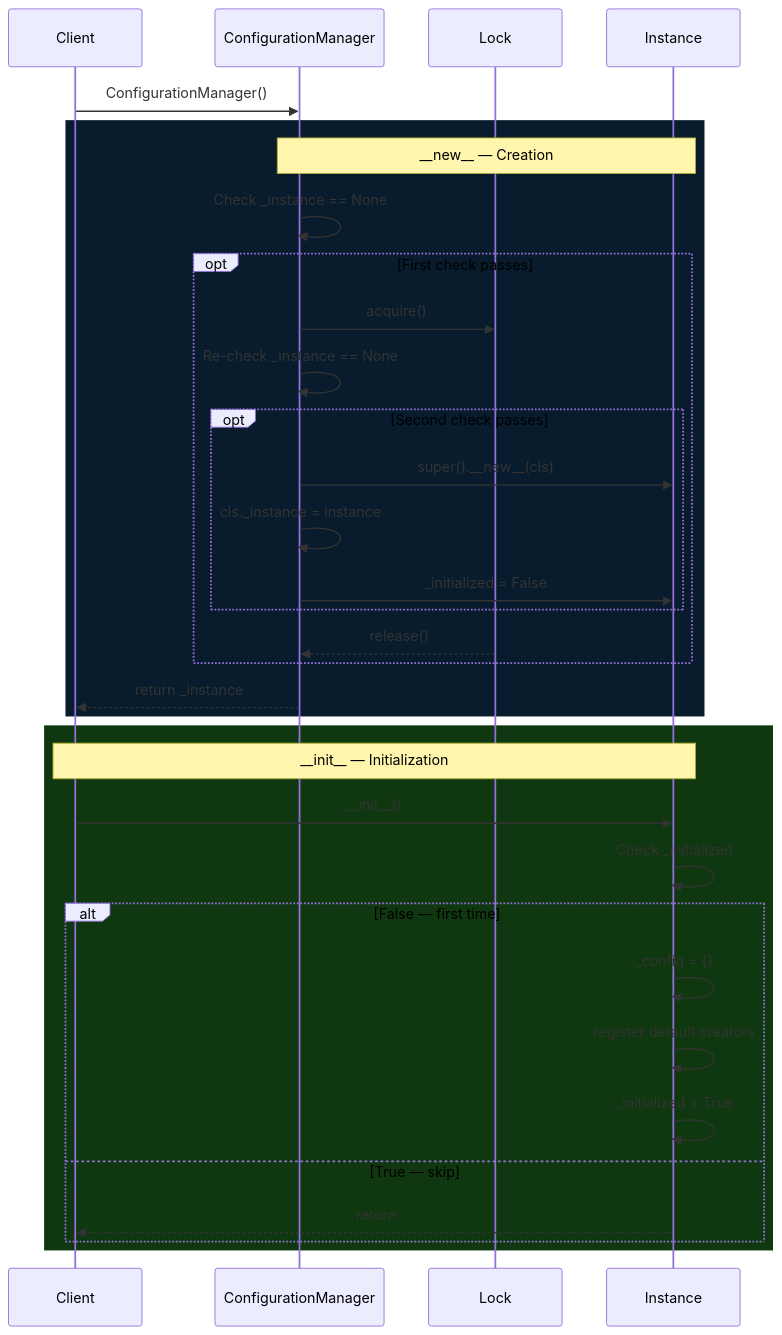
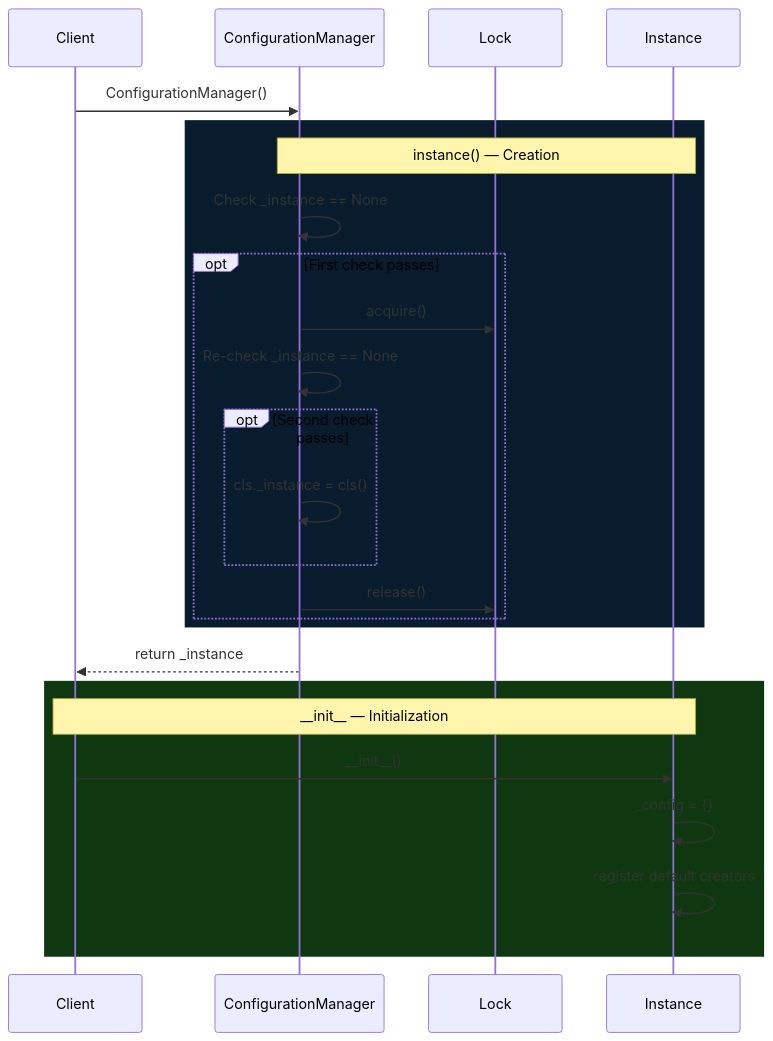
Before and after one commit to lucadileo9/proteus: the diagram in docs/manager.md, drawn with Mermaid. The commit also changed other lines of this file and 5 other files, not shown here.

````diff
--- a/docs/manager.md
+++ b/docs/manager.md
@@ -27,38 +32,30 @@
 ```mermaid
 sequenceDiagram
     participant C as Client
     participant CM as ConfigurationManager
     participant L as Lock
     participant I as Instance
 
     C->>CM: ConfigurationManager()
 
     rect rgb(8, 28, 45)
-    Note over CM,I: __new__ — Creation
-    CM->>CM: Check _instance == None
-    opt First check passes
-        CM->>L: acquire()
-        CM->>CM: Re-check _instance == None
-        opt Second check passes
-            CM->>I: super().__new__(cls)
-            CM->>CM: cls._instance = instance
-            CM->>I: _initialized = False
+        Note over CM, I: instance() — Creation
+        CM->>CM: Check _instance == None
+        opt First check passes
+            CM->>L: acquire()
+            CM->>CM: Re-check _instance == None
+            opt Second check passes
+                CM->>CM: cls._instance = cls()
+            end
+            CM->>L: release()
         end
-        L-->>CM: release()
     end
     CM-->>C: return _instance
-    end
 
     rect rgb(16, 56, 16)
-    Note over C,I: __init__ — Initialization
-    C->>I: __init__()
-    I->>I: Check _initialized
-    alt False — first time
+        Note over C, I: __init__ — Initialization
+        C->>I: __init__()
         I->>I: _config = {}
         I->>I: register default creators
-        I->>I: _initialized = True
-    else True — skip
-        I-->>C: return
-    end
     end
 ```
````
